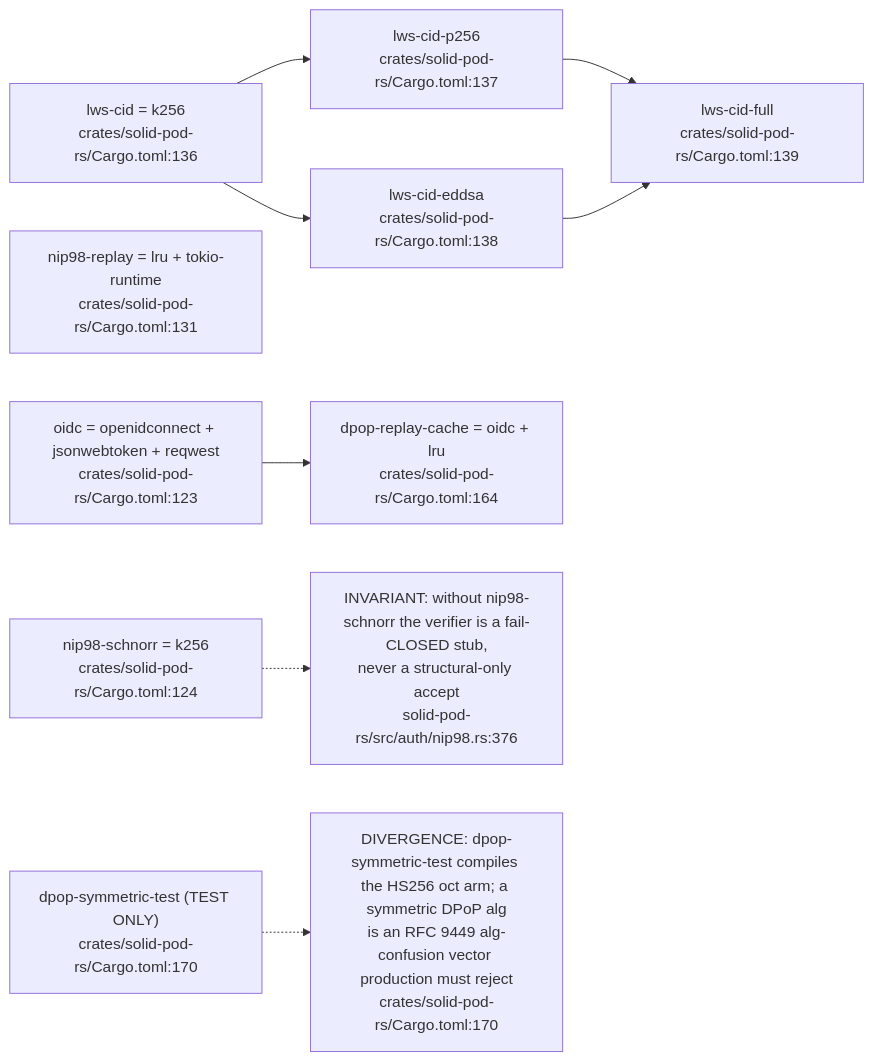
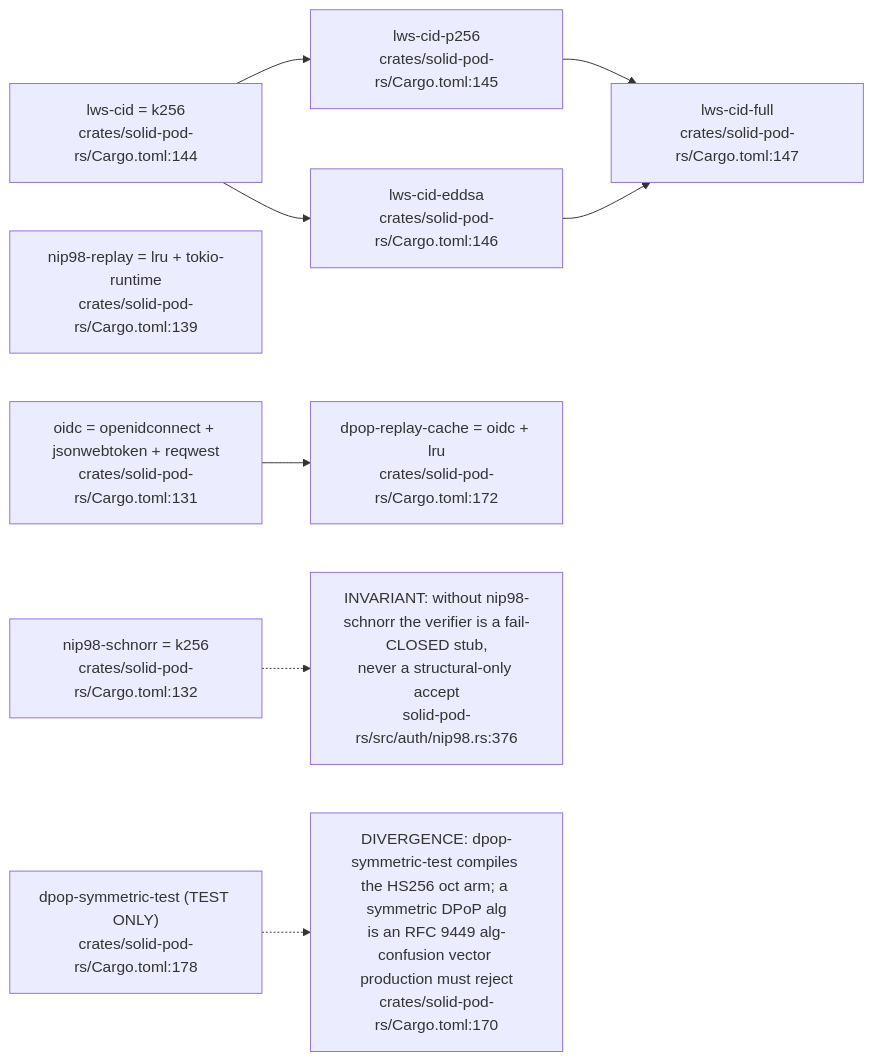
Before and after one commit to DreamLab-AI/VisionFlow: the fourth of 12 diagrams in docs/diagrams/solid-pod-rs/01-workspace-composition.md, drawn with Mermaid. The commit also changed other lines of this file and 21 other files, not shown here.

Commit message:
docs(diagrams): refresh first verified estate batch

````diff
--- a/docs/diagrams/solid-pod-rs/01-workspace-composition.md
+++ b/docs/diagrams/solid-pod-rs/01-workspace-composition.md
@@ -132,23 +132,23 @@
 ```mermaid
 flowchart LR
-    NIP98S["nip98-schnorr = k256<br/>crates/solid-pod-rs/Cargo.toml:124"]
-    NIP98R["nip98-replay = lru + tokio-runtime<br/>crates/solid-pod-rs/Cargo.toml:131"]
-    LWS["lws-cid = k256<br/>crates/solid-pod-rs/Cargo.toml:136"]
-    LWSP["lws-cid-p256<br/>crates/solid-pod-rs/Cargo.toml:137"]
-    LWSE["lws-cid-eddsa<br/>crates/solid-pod-rs/Cargo.toml:138"]
-    LWSF["lws-cid-full<br/>crates/solid-pod-rs/Cargo.toml:139"]
-    OIDCF["oidc = openidconnect + jsonwebtoken + reqwest<br/>crates/solid-pod-rs/Cargo.toml:123"]
-    DPOPR["dpop-replay-cache = oidc + lru<br/>crates/solid-pod-rs/Cargo.toml:164"]
-    DPOPT["dpop-symmetric-test (TEST ONLY)<br/>crates/solid-pod-rs/Cargo.toml:170"]
+    NIP98S["nip98-schnorr = k256<br/>crates/solid-pod-rs/Cargo.toml:132"]
+    NIP98R["nip98-replay = lru + tokio-runtime<br/>crates/solid-pod-rs/Cargo.toml:139"]
+    LWS["lws-cid = k256<br/>crates/solid-pod-rs/Cargo.toml:144"]
+    LWSP["lws-cid-p256<br/>crates/solid-pod-rs/Cargo.toml:145"]
+    LWSE["lws-cid-eddsa<br/>crates/solid-pod-rs/Cargo.toml:146"]
+    LWSF["lws-cid-full<br/>crates/solid-pod-rs/Cargo.toml:147"]
+    OIDCF["oidc = openidconnect + jsonwebtoken + reqwest<br/>crates/solid-pod-rs/Cargo.toml:131"]
+    DPOPR["dpop-replay-cache = oidc + lru<br/>crates/solid-pod-rs/Cargo.toml:172"]
+    DPOPT["dpop-symmetric-test (TEST ONLY)<br/>crates/solid-pod-rs/Cargo.toml:178"]
 
     LWS --> LWSP
     LWS --> LWSE
     LWSP --> LWSF
     LWSE --> LWSF
     OIDCF --> DPOPR
 
     G1["INVARIANT: without nip98-schnorr the verifier is a fail-CLOSED stub,<br/>never a structural-only accept<br/>solid-pod-rs/src/auth/nip98.rs:376"]
     NIP98S -.-> G1
     G2["DIVERGENCE: dpop-symmetric-test compiles the HS256 oct arm; a symmetric DPoP alg<br/>is an RFC 9449 alg-confusion vector production must reject<br/>crates/solid-pod-rs/Cargo.toml:170"]
     DPOPT -.-> G2
 ```
````
